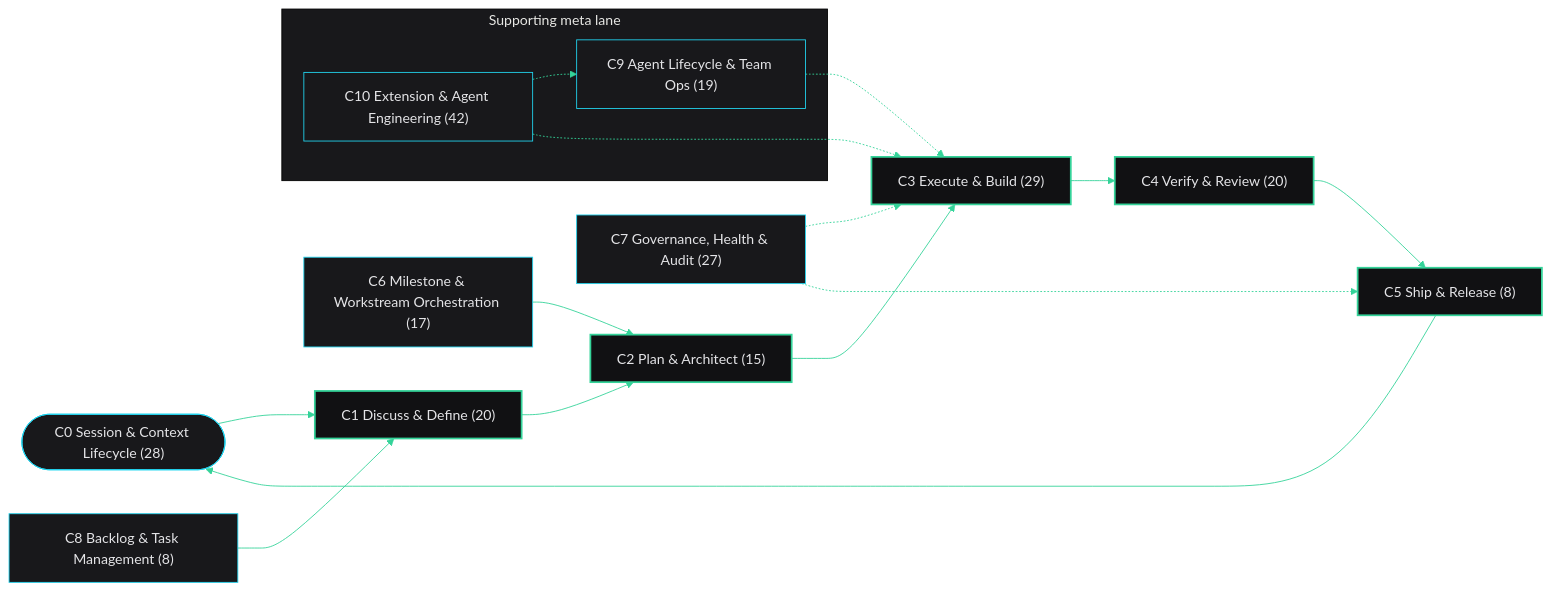
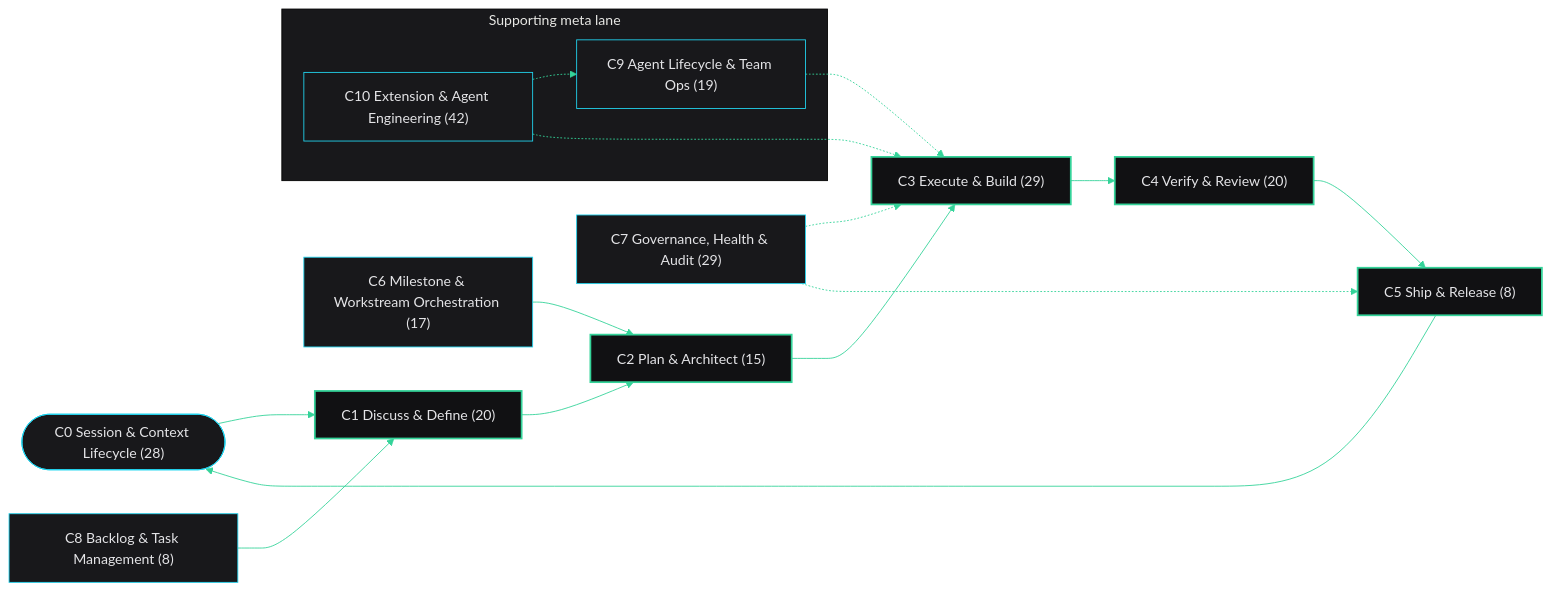
Before and after one commit to UsernameTron/Pete-Gets-Shit-Done: the diagram in .planning/GSD-ECOSYSTEM-MAP-EXEC.md, drawn with Mermaid. The commit also changed other lines of this file and 8 other files, not shown here.

````diff
--- a/.planning/GSD-ECOSYSTEM-MAP-EXEC.md
+++ b/.planning/GSD-ECOSYSTEM-MAP-EXEC.md
@@ -5,21 +5,21 @@
 ```mermaid
 %%{init: {'theme':'base','themeVariables':{'background':'#09090b','primaryColor':'#111113','primaryBorderColor':'#27272a','primaryTextColor':'#e4e4e7','lineColor':'#34d399','secondaryColor':'#22d3ee','tertiaryColor':'#18181b','fontFamily':'Plus Jakarta Sans, JetBrains Mono, monospace'}}}%%
 flowchart LR
   C0(["C0 Session & Context Lifecycle (28)"])
   C1["C1 Discuss & Define (20)"] --> C2["C2 Plan & Architect (15)"] --> C3["C3 Execute & Build (29)"] --> C4["C4 Verify & Review (20)"] --> C5["C5 Ship & Release (8)"]
   C0 --> C1
   C5 --> C0
   C8["C8 Backlog & Task Management (8)"] --> C1
   C6["C6 Milestone & Workstream Orchestration (17)"] --> C2
-  C7["C7 Governance, Health & Audit (27)"] -.-> C3
+  C7["C7 Governance, Health & Audit (29)"] -.-> C3
   C7 -.-> C5
   subgraph META["Supporting meta lane"]
     C10["C10 Extension & Agent Engineering (42)"] -.-> C9["C9 Agent Lifecycle & Team Ops (19)"]
   end
   C9 -.-> C3
   C10 -.-> C3
   classDef spine fill:#111113,stroke:#34d399,color:#e4e4e7,stroke-width:2px;
   classDef wrap fill:#18181b,stroke:#22d3ee,color:#e4e4e7;
   class C1,C2,C3,C4,C5 spine;
   class C0,C6,C7,C8,C9,C10 wrap;
 ```
````
